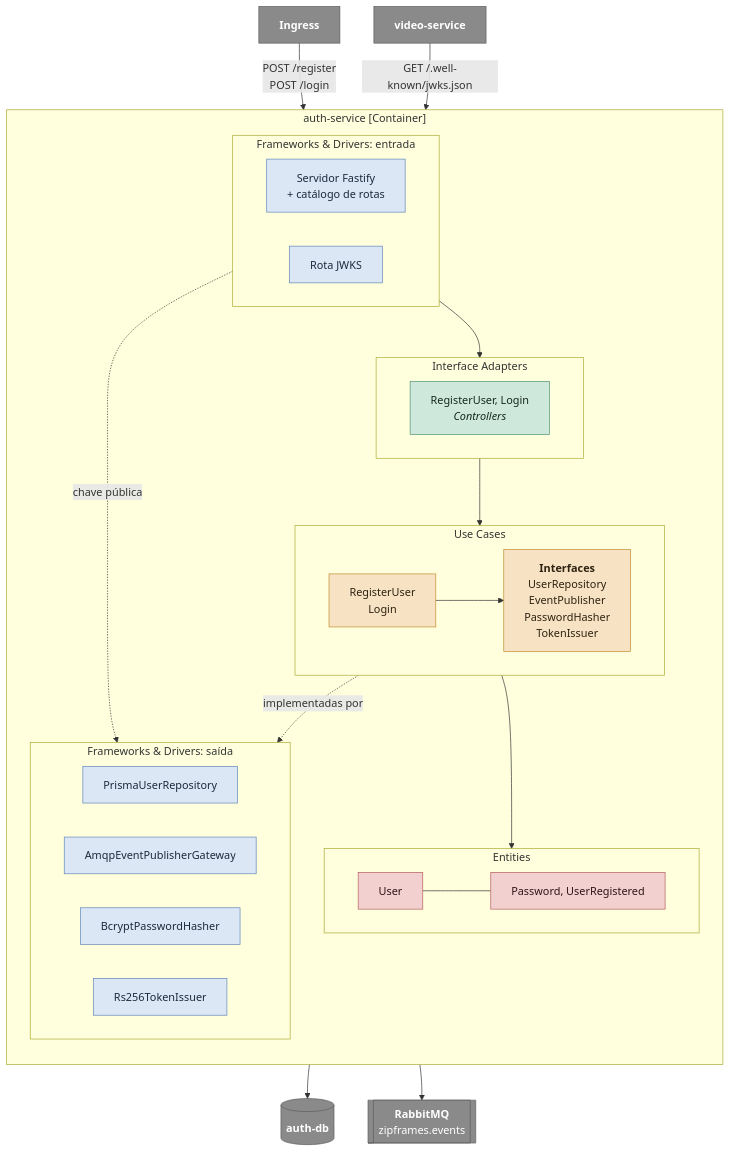
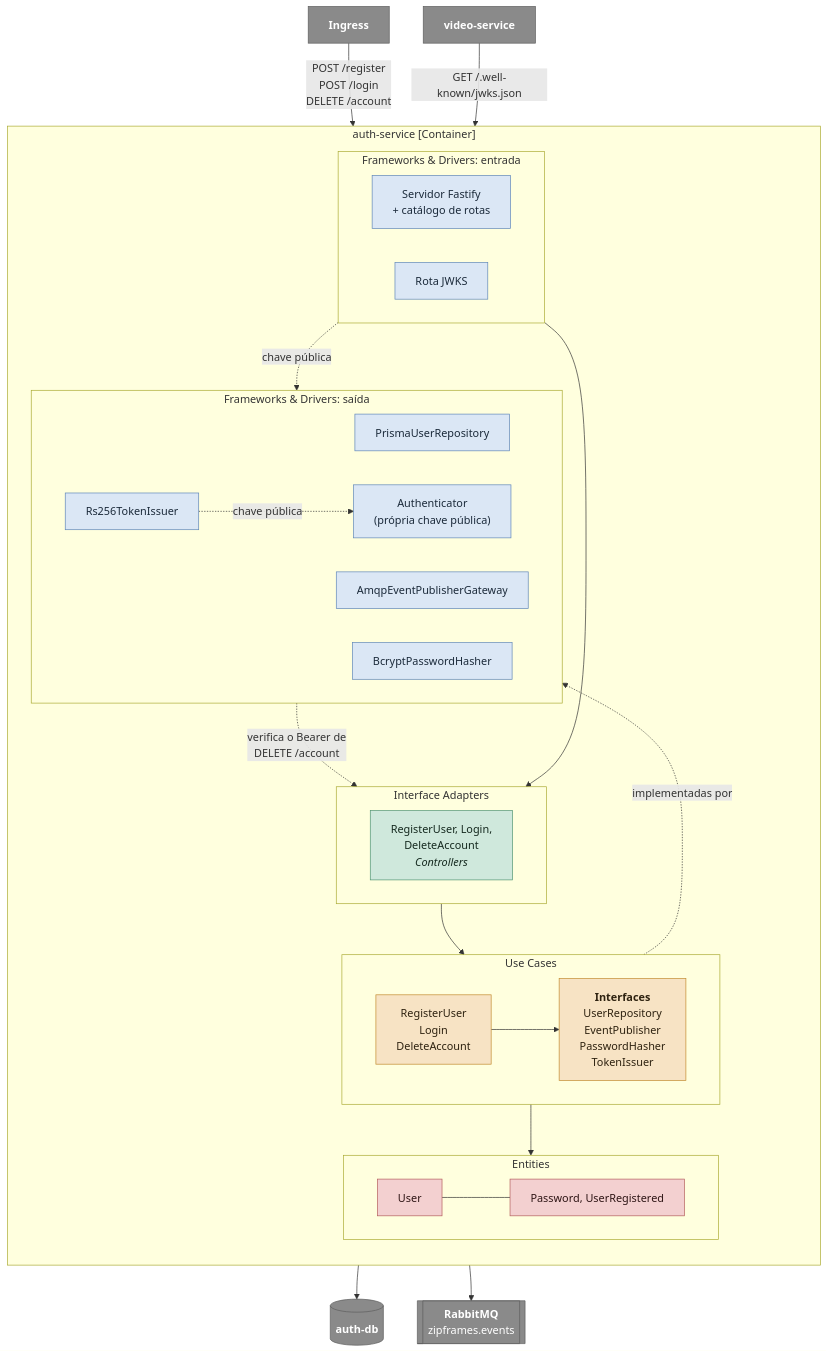
One commit to knzt/zipframes changed the diagram in docs/architecture/c4/03-componentes-auth-service.md. Above: the diagram before and after it, drawn with Mermaid. The commit also changed other lines of this file and 9 other files, not shown here.

````diff
--- a/docs/architecture/c4/03-componentes-auth-service.md
+++ b/docs/architecture/c4/03-componentes-auth-service.md
@@ -5,66 +5,69 @@
 ```mermaid
 flowchart TB
   ingress["<b>Ingress</b>"]
   videosvc["<b>video-service</b>"]
 
   subgraph as["auth-service [Container]"]
     direction TB
 
     subgraph fwin["Frameworks & Drivers: entrada"]
       direction LR
       fastify["Servidor Fastify<br/>+ catálogo de rotas"]
       jwks["Rota JWKS"]
     end
 
     subgraph adin["Interface Adapters"]
       direction LR
-      ctrl["RegisterUser, Login<br/><i>Controllers</i>"]
+      ctrl["RegisterUser, Login,<br/>DeleteAccount<br/><i>Controllers</i>"]
     end
 
     subgraph app["Use Cases"]
       direction LR
-      uc["RegisterUser<br/>Login"]
+      uc["RegisterUser<br/>Login<br/>DeleteAccount"]
       interfaces["<b>Interfaces</b><br/>UserRepository<br/>EventPublisher<br/>PasswordHasher<br/>TokenIssuer"]
     end
 
     subgraph dom["Entities"]
       direction LR
       user["User"]
       vos["Password, UserRegistered"]
     end
 
     subgraph fwout["Frameworks & Drivers: saída"]
       direction LR
       repo["PrismaUserRepository"]
       events["AmqpEventPublisherGateway"]
       hasher["BcryptPasswordHasher"]
       issuer["Rs256TokenIssuer"]
+      selfauth["Authenticator<br/>(própria chave pública)"]
     end
   end
 
   db[("<b>auth-db</b>")]
   broker[["<b>RabbitMQ</b><br/>zipframes.events"]]
 
-  ingress -- "POST /register<br/>POST /login" --> fastify
+  ingress -- "POST /register<br/>POST /login<br/>DELETE /account" --> fastify
   videosvc -- "GET /.well-known/jwks.json" --> jwks
   fastify --> ctrl
   ctrl --> uc
   uc --> user
   user --- vos
   uc --> interfaces
   interfaces -. "implementadas por" .-> fwout
   jwks -. "chave pública" .-> issuer
+  issuer -. "chave pública" .-> selfauth
+  selfauth -. "verifica o Bearer de<br/>DELETE /account" .-> ctrl
   repo --> db
   events --> broker
 
   classDef ext fill:#8a8a8a,stroke:#5e5e5e,color:#ffffff
   classDef fwc fill:#dbe7f5,stroke:#5f86b8,color:#1b2a3a
   classDef adc fill:#cfe8dc,stroke:#4e9373,color:#15291f
   classDef appc fill:#f7e3c4,stroke:#c28a2e,color:#2e2210
   classDef domc fill:#f3d0d0,stroke:#b35c5c,color:#2e1515
   class ingress,videosvc,db,broker ext
-  class fastify,jwks,repo,events,hasher,issuer fwc
+  class fastify,jwks,repo,events,hasher,issuer,selfauth fwc
   class ctrl adc
   class uc,interfaces appc
   class user,vos domc
 ```
````
